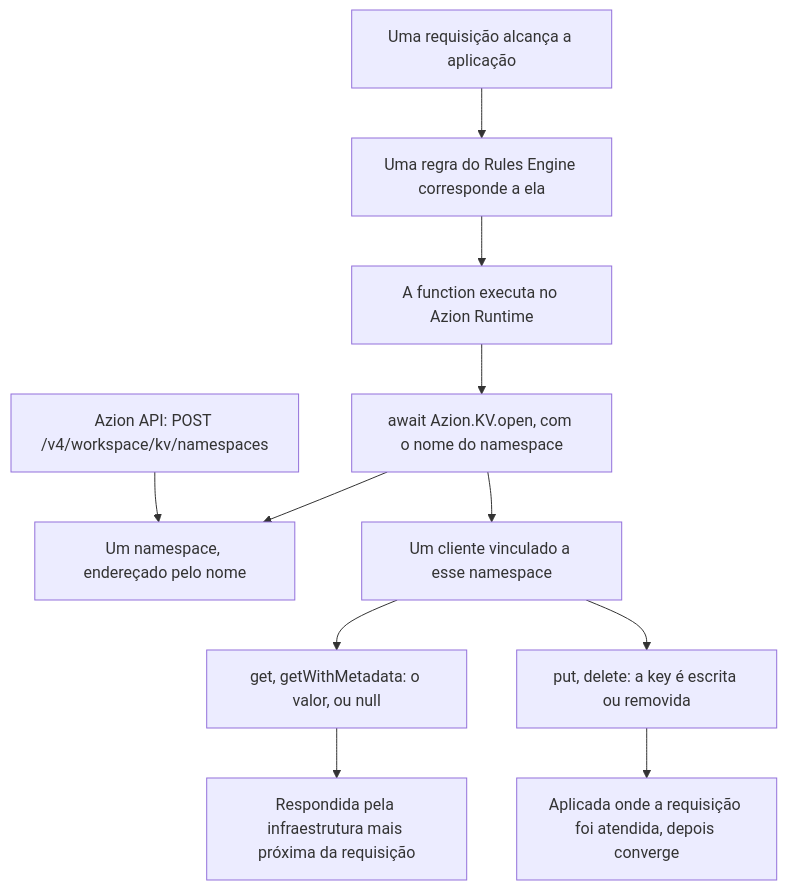
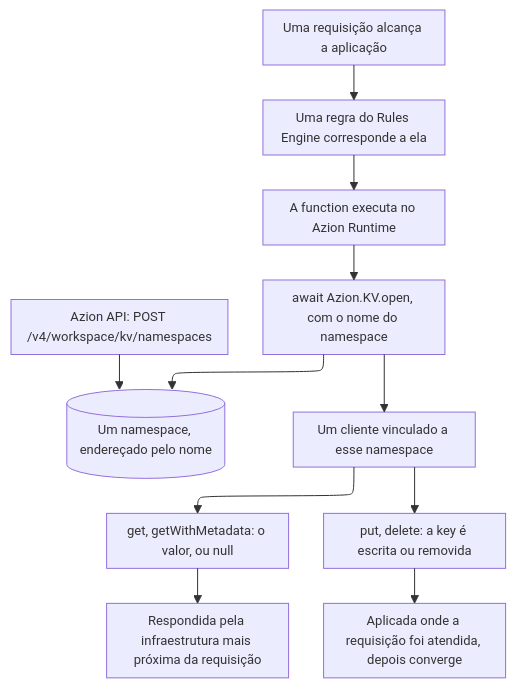
One commit to aziontech/docs changed the diagram in apps/docs/src/content/docs/pt-br/pages/store/kv-store/como-funciona.mdx. Above: the diagram before and after it, drawn with Mermaid. The commit also changed 179 other files, not shown here.

Commit message:
docs(diagrams): redraw every other diagram in the use-case diagram style (#2513)

````diff
--- a/apps/docs/src/content/docs/pt-br/pages/store/kv-store/como-funciona.mdx
+++ b/apps/docs/src/content/docs/pt-br/pages/store/kv-store/como-funciona.mdx
@@ -41,13 +41,14 @@
 ```mermaid
+%%{init: {"layout": "elk", "elk": {"layeringStrategy": "LONGEST_PATH_SOURCE"}, "themeVariables": {"fontSize": "13px"}, "flowchart": {"nodeSpacing": 24, "rankSpacing": 36, "padding": 8, "wrappingWidth": 150, "useMaxWidth": true}, "sequence": {"width": 120, "actorMargin": 30, "useMaxWidth": true}}}%%
 flowchart TD
-  Api["Azion API: POST /v4/workspace/kv/namespaces"] --> Namespace["Um namespace, endereçado pelo nome"]
+  Api["Azion API: POST /v4/workspace/kv/namespaces"] --> Namespace[("Um namespace, endereçado pelo nome")]
   Request["Uma requisição alcança a aplicação"] --> Rule["Uma regra do Rules Engine corresponde a ela"]
   Rule --> Run["A function executa no Azion Runtime"]
   Run --> Open["await Azion.KV.open, com o nome do namespace"]
   Open --> Namespace
   Open --> Client["Um cliente vinculado a esse namespace"]
   Client --> Read["get, getWithMetadata: o valor, ou null"]
   Client --> Write["put, delete: a key é escrita ou removida"]
   Read --> Near["Respondida pela infraestrutura mais próxima da requisição"]
   Write --> Spread["Aplicada onde a requisição foi atendida, depois converge"]
 ```
````
